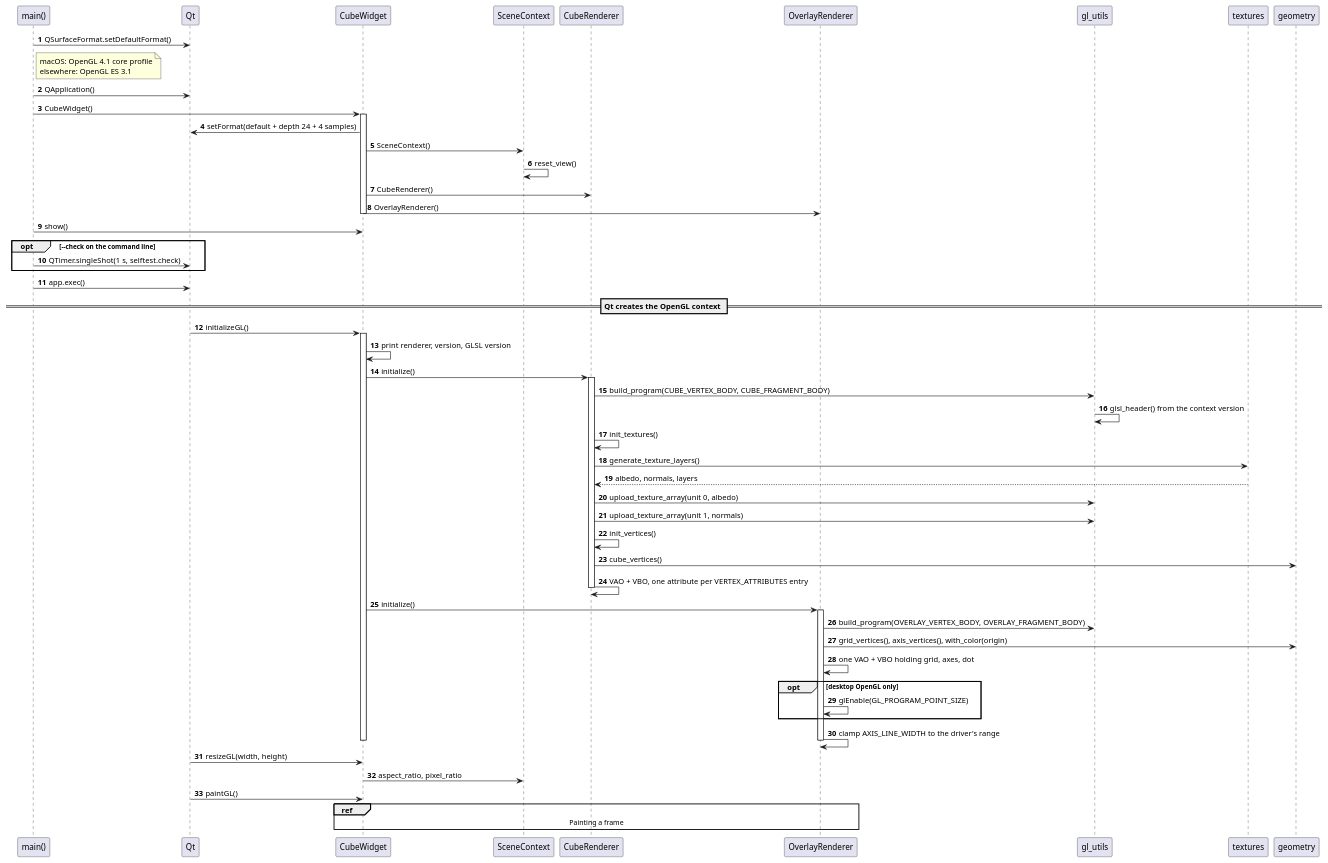
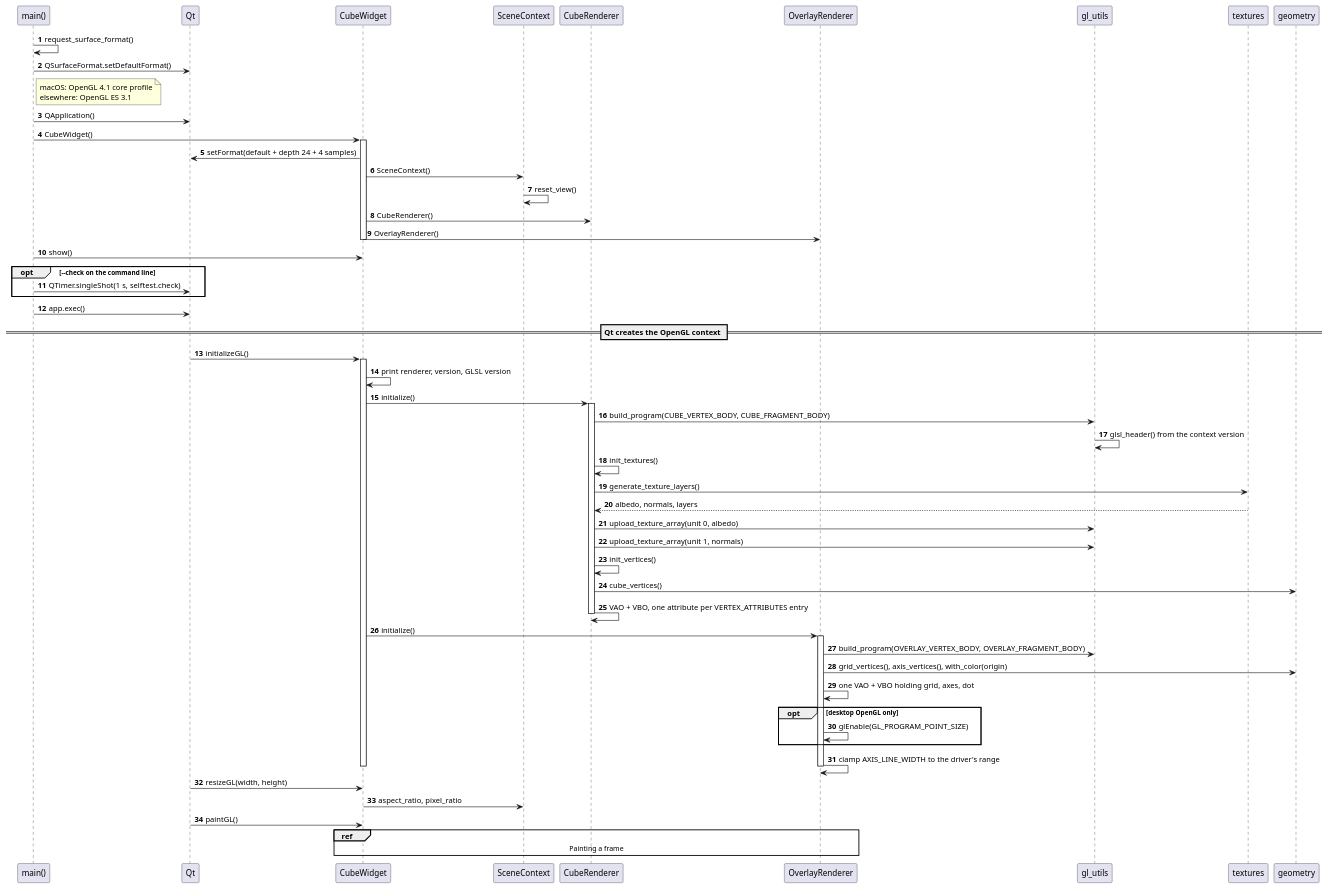
One commit to esba1ley/opengl_python_qt6_test changed the diagram in docs/diagrams/startup.puml. Above: the diagram before and after it, drawn with PlantUML. The commit also changed 5 other files, not shown here.

Commit message:
refactor(main): factor the surface-format request into one function

```diff
--- a/docs/diagrams/startup.puml
+++ b/docs/diagrams/startup.puml
@@ -1,73 +1,74 @@
 @startuml startup
 ' Sequence: from main() to the first frame. Keep in step with src/main.py,
 ' src/widget.py and the renderers' initialize() methods.
 skinparam shadowing false
 skinparam sequenceMessageAlign left
 autonumber
 
 participant "main()" as main
 participant "Qt" as qt
 participant "CubeWidget" as widget
 participant "SceneContext" as ctx
 participant "CubeRenderer" as cube
 participant "OverlayRenderer" as overlay
 participant "gl_utils" as glu
 participant "textures" as tex
 participant "geometry" as geo
 
+main -> main : request_surface_format()
 main -> qt : QSurfaceFormat.setDefaultFormat()
 note right of main
   macOS: OpenGL 4.1 core profile
   elsewhere: OpenGL ES 3.1
 end note
 main -> qt : QApplication()
 main -> widget : CubeWidget()
 activate widget
 widget -> qt : setFormat(default + depth 24 + 4 samples)
 widget -> ctx : SceneContext()
 ctx -> ctx : reset_view()
 widget -> cube : CubeRenderer()
 widget -> overlay : OverlayRenderer()
 deactivate widget
 main -> widget : show()
 opt --check on the command line
   main -> qt : QTimer.singleShot(1 s, selftest.check)
 end
 main -> qt : app.exec()
 
 == Qt creates the OpenGL context ==
 
 qt -> widget : initializeGL()
 activate widget
 widget -> widget : print renderer, version, GLSL version
 widget -> cube : initialize()
 activate cube
 cube -> glu : build_program(CUBE_VERTEX_BODY, CUBE_FRAGMENT_BODY)
 glu -> glu : glsl_header() from the context version
 cube -> cube : init_textures()
 cube -> tex : generate_texture_layers()
 tex --> cube : albedo, normals, layers
 cube -> glu : upload_texture_array(unit 0, albedo)
 cube -> glu : upload_texture_array(unit 1, normals)
 cube -> cube : init_vertices()
 cube -> geo : cube_vertices()
 cube -> cube : VAO + VBO, one attribute per VERTEX_ATTRIBUTES entry
 deactivate cube
 widget -> overlay : initialize()
 activate overlay
 overlay -> glu : build_program(OVERLAY_VERTEX_BODY, OVERLAY_FRAGMENT_BODY)
 overlay -> geo : grid_vertices(), axis_vertices(), with_color(origin)
 overlay -> overlay : one VAO + VBO holding grid, axes, dot
 opt desktop OpenGL only
   overlay -> overlay : glEnable(GL_PROGRAM_POINT_SIZE)
 end
 overlay -> overlay : clamp AXIS_LINE_WIDTH to the driver's range
 deactivate overlay
 deactivate widget
 
 qt -> widget : resizeGL(width, height)
 widget -> ctx : aspect_ratio, pixel_ratio
 
 qt -> widget : paintGL()
 ref over widget, ctx, cube, overlay : Painting a frame
 @enduml
```
